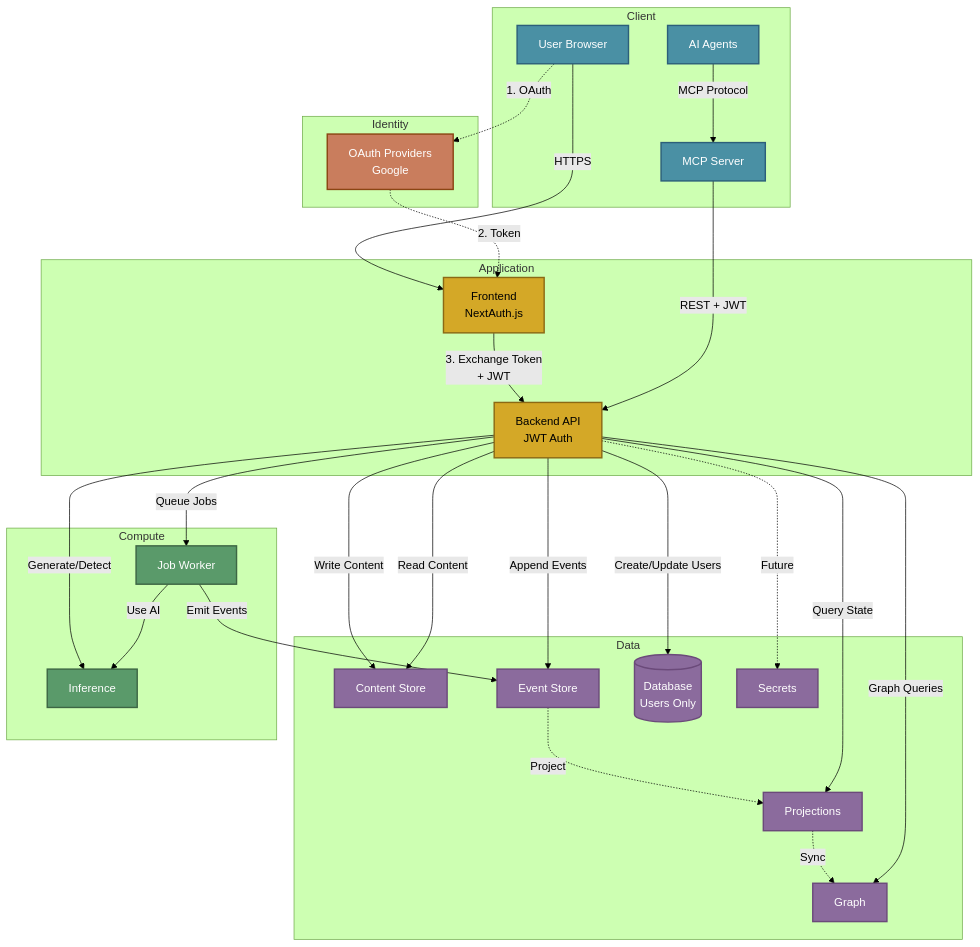
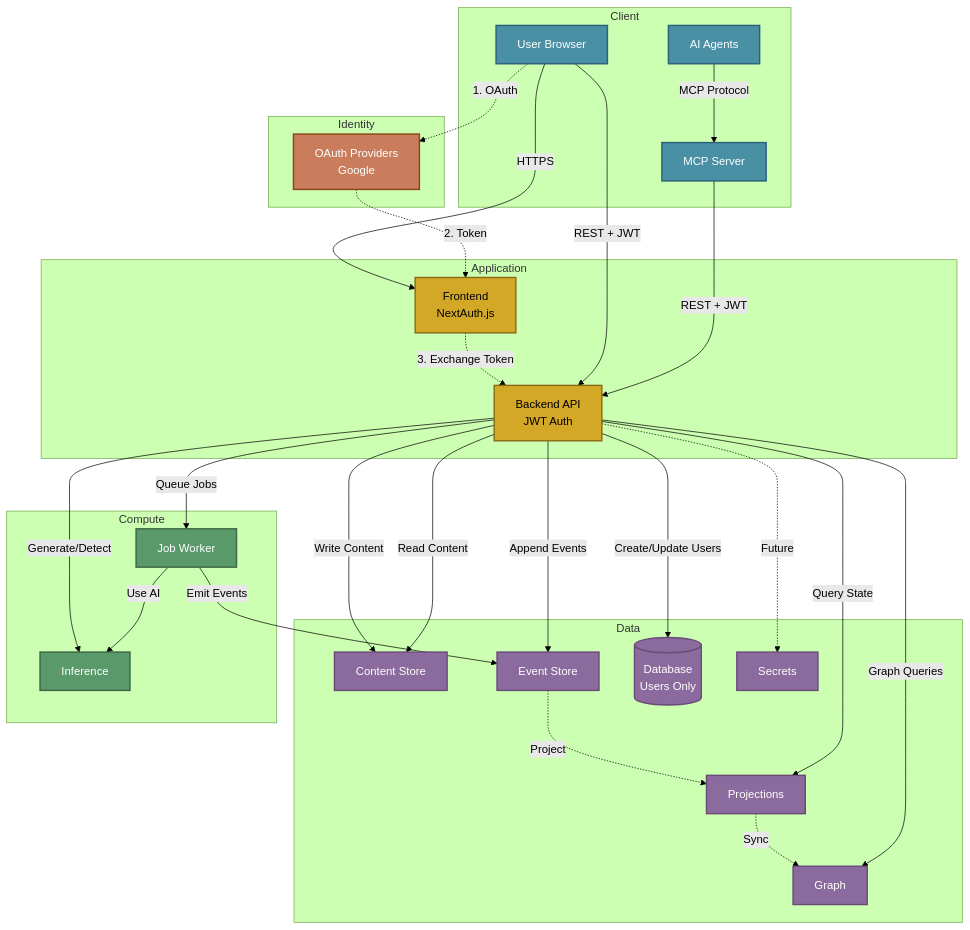
Before and after one commit to The-AI-Alliance/semiont: the diagram in docs/ARCHITECTURE.md, drawn with Mermaid (forest theme). The commit also changed other lines of this file, not shown here.

````diff
--- a/docs/ARCHITECTURE.md
+++ b/docs/ARCHITECTURE.md
@@ -23,75 +23,78 @@
 ```mermaid
 graph TB
     subgraph "Client"
         USER[User Browser]
         AI[AI Agents]
         MCP[MCP Server]
     end
 
     subgraph "Identity"
         OAUTH[OAuth Providers<br/>Google]
     end
 
     subgraph "Application"
         FE[Frontend<br/>NextAuth.js]
         BE[Backend API<br/>JWT Auth]
     end
 
     subgraph "Data"
         CONTENT[Content Store]
         EVENTS[Event Store]
         PROJ[Projections]
         GRAPH[Graph]
         DB[(Database<br/>Users Only)]
         SEC[Secrets]
     end
 
     subgraph "Compute"
         INF[Inference]
         JW[Job Worker]
     end
 
     %% Client connections
     USER -->|HTTPS| FE
     AI -->|MCP Protocol| MCP
 
-    %% OAuth flow
+    %% OAuth flow (server-side only)
     USER -.->|1. OAuth| OAUTH
     OAUTH -.->|2. Token| FE
-    FE -->|3. Exchange Token<br/>+ JWT| BE
+    FE -.->|3. Exchange Token| BE
+
+    %% API calls (client-side from browser)
+    USER -->|REST + JWT| BE
     MCP -->|REST + JWT| BE
 
     %% Backend to data (write path)
     BE -->|Write Content| CONTENT
     BE -->|Append Events| EVENTS
     BE -->|Create/Update Users| DB
     BE -.->|Future| SEC
 
     %% Event-driven flow
     EVENTS -.->|Project| PROJ
     PROJ -.->|Sync| GRAPH
 
     %% Backend reads
     BE -->|Read Content| CONTENT
     BE -->|Query State| PROJ
     BE -->|Graph Queries| GRAPH
 
     %% Compute services
     BE -->|Generate/Detect| INF
     BE -->|Queue Jobs| JW
     JW -->|Emit Events| EVENTS
     JW -->|Use AI| INF
 
     %% Styling - darker fills ensure text contrast in both light and dark modes
     classDef client fill:#4a90a4,stroke:#2c5f7a,stroke-width:2px,color:#fff
     classDef identity fill:#c97d5d,stroke:#8b4513,stroke-width:2px,color:#fff
     classDef app fill:#d4a827,stroke:#8b6914,stroke-width:2px,color:#000
     classDef data fill:#8b6b9d,stroke:#6b4a7a,stroke-width:2px,color:#fff
     classDef compute fill:#5a9a6a,stroke:#3d6644,stroke-width:2px,color:#fff
 
     class USER,AI,MCP client
     class OAUTH identity
     class FE,BE app
     class CONTENT,EVENTS,PROJ,GRAPH,DB,SEC data
     class INF,JW compute
 ```
````
